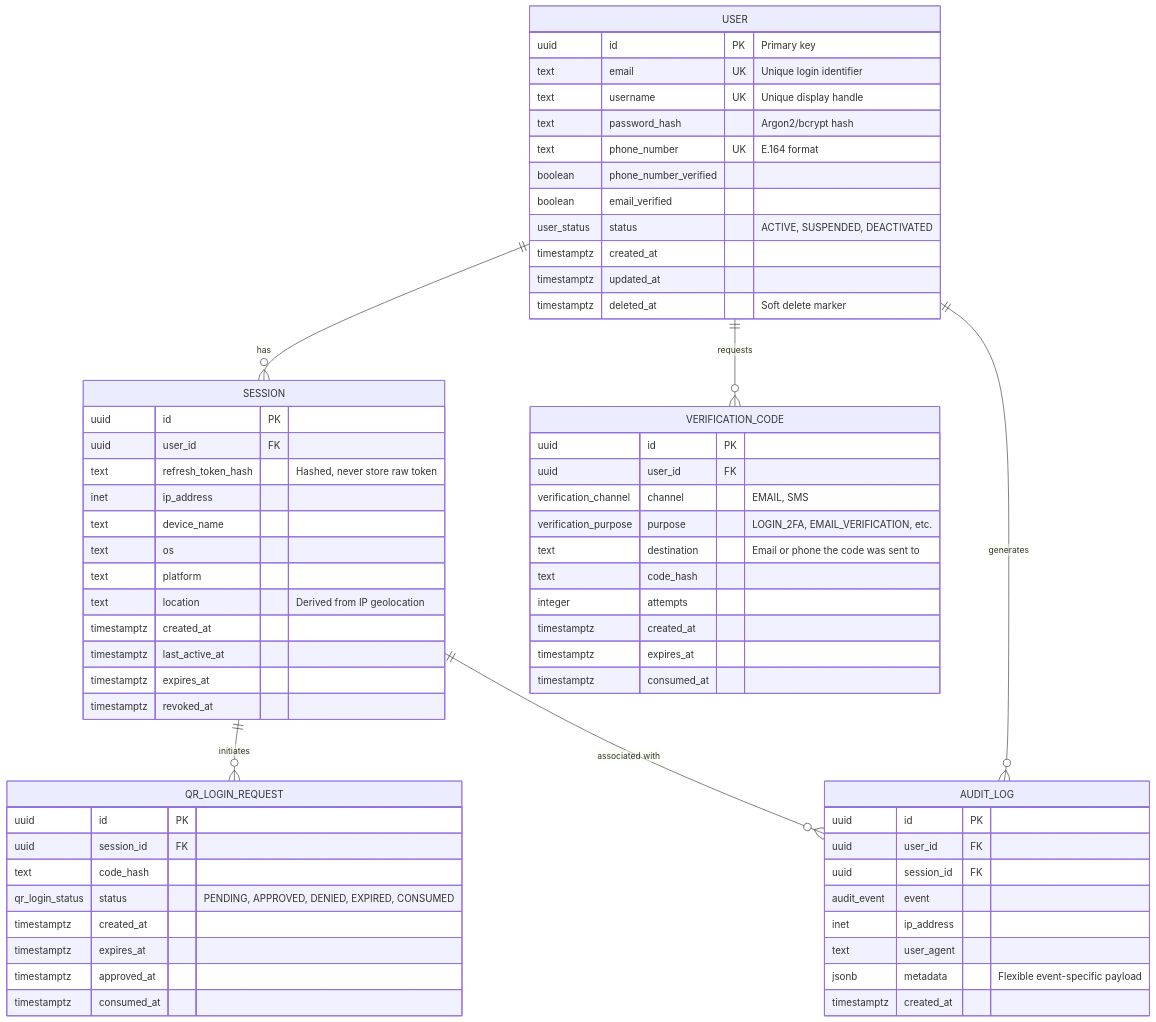
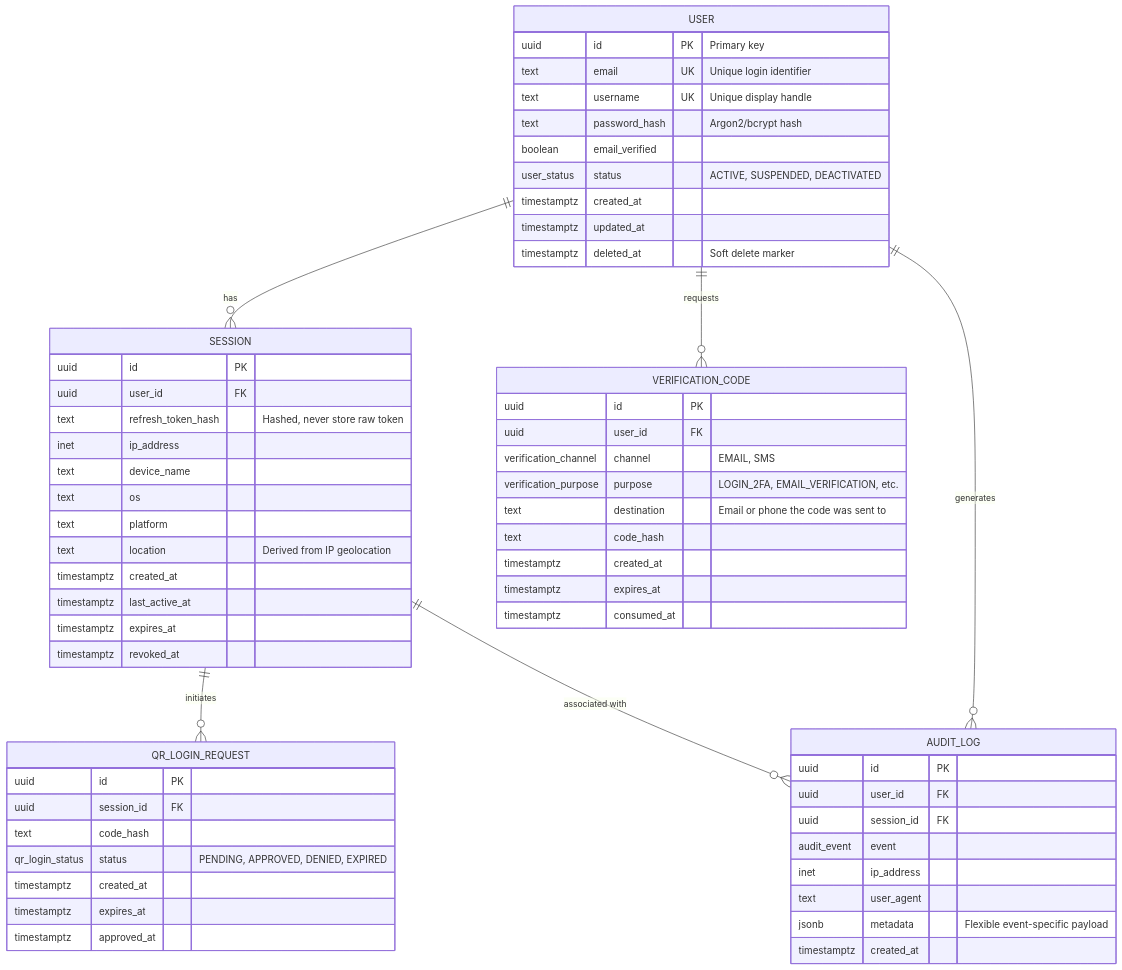
Before and after one commit to CDavidSV/Authentication-Service: the diagram in README.md, drawn with Mermaid. The commit also changed 10 other files, not shown here.

````diff
--- a/README.md
+++ b/README.md
@@ -5,73 +5,69 @@
 ```mermaid
 erDiagram
 
     USER {
         uuid id PK "Primary key"
         text email UK "Unique login identifier"
         text username UK "Unique display handle"
         text password_hash "Argon2/bcrypt hash"
-        text phone_number UK "E.164 format"
-        boolean phone_number_verified
         boolean email_verified
         user_status status "ACTIVE, SUSPENDED, DEACTIVATED"
         timestamptz created_at
         timestamptz updated_at
         timestamptz deleted_at "Soft delete marker"
     }
 
     SESSION {
         uuid id PK
         uuid user_id FK
         text refresh_token_hash "Hashed, never store raw token"
         inet ip_address
         text device_name
         text os
         text platform
         text location "Derived from IP geolocation"
         timestamptz created_at
         timestamptz last_active_at
         timestamptz expires_at
         timestamptz revoked_at
     }
 
     VERIFICATION_CODE {
         uuid id PK
         uuid user_id FK
         verification_channel channel "EMAIL, SMS"
         verification_purpose purpose "LOGIN_2FA, EMAIL_VERIFICATION, etc."
         text destination "Email or phone the code was sent to"
         text code_hash
-        integer attempts
         timestamptz created_at
         timestamptz expires_at
         timestamptz consumed_at
     }
 
     QR_LOGIN_REQUEST {
         uuid id PK
         uuid session_id FK
         text code_hash
-        qr_login_status status "PENDING, APPROVED, DENIED, EXPIRED, CONSUMED"
+        qr_login_status status "PENDING, APPROVED, DENIED, EXPIRED"
         timestamptz created_at
         timestamptz expires_at
         timestamptz approved_at
-        timestamptz consumed_at
     }
 
     AUDIT_LOG {
         uuid id PK
         uuid user_id FK
         uuid session_id FK
         audit_event event
         inet ip_address
         text user_agent
         jsonb metadata "Flexible event-specific payload"
         timestamptz created_at
     }
 
     USER ||--o{ SESSION : "has"
     USER ||--o{ VERIFICATION_CODE : "requests"
     SESSION ||--o{ QR_LOGIN_REQUEST : "initiates"
     USER ||--o{ AUDIT_LOG : "generates"
     SESSION ||--o{ AUDIT_LOG : "associated with"
 ```
````
